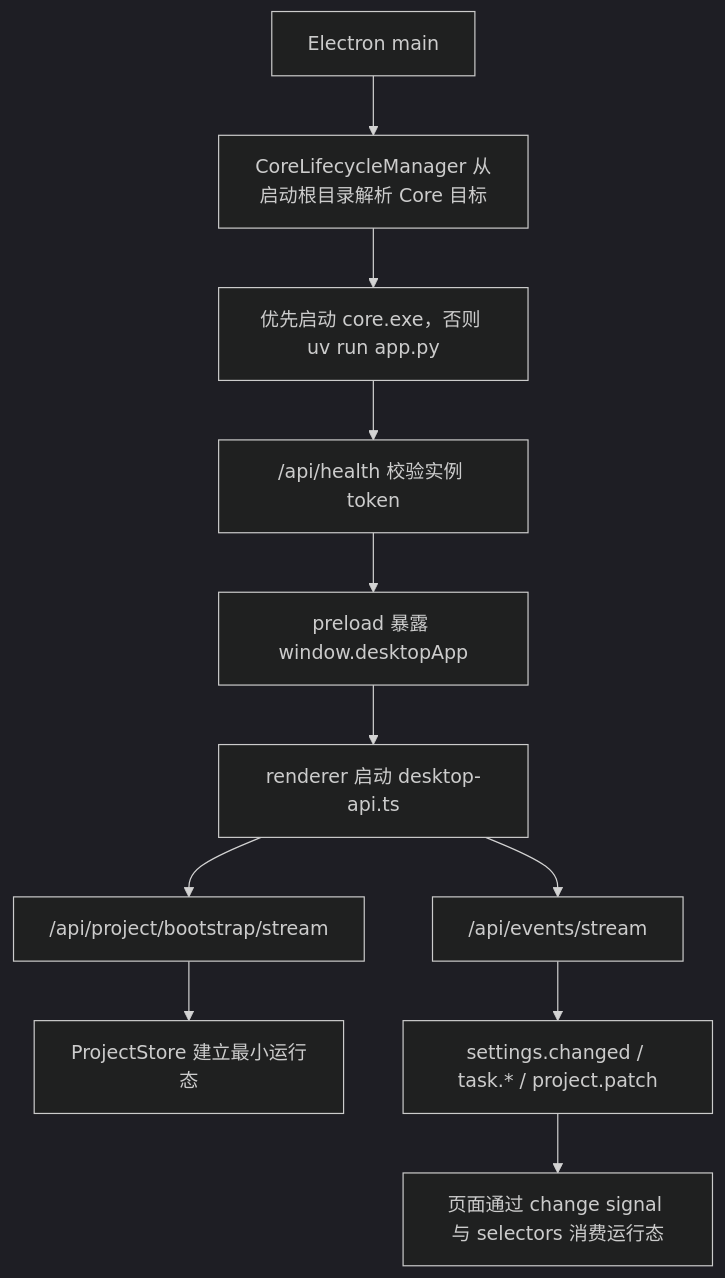
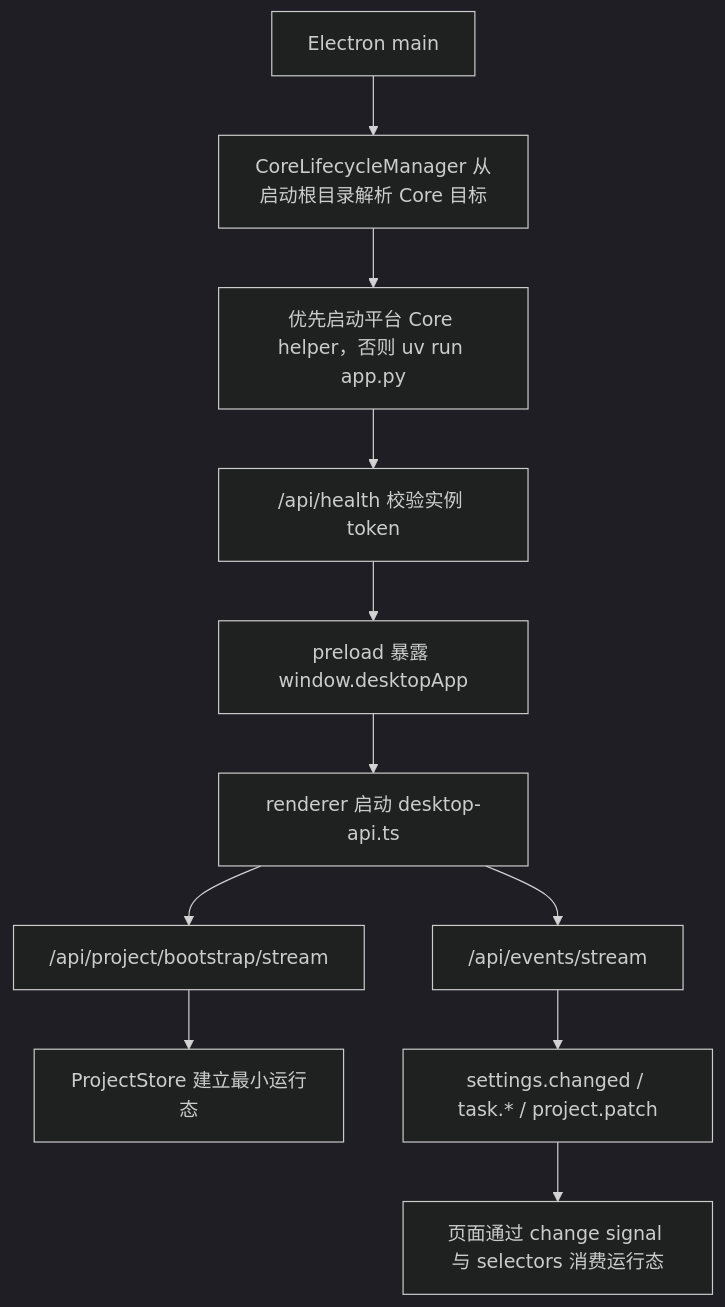
One commit to neavo/LinguaGacha changed the second of 3 diagrams in docs/ARCHITECTURE.md. Above: the diagram before and after it, drawn with Mermaid (dark theme). The commit also changed other lines of this file and 12 other files, not shown here.

````diff
--- a/docs/ARCHITECTURE.md
+++ b/docs/ARCHITECTURE.md
@@ -49,13 +49,13 @@
 ```mermaid
 flowchart TD
     A["Electron main"] --> B["CoreLifecycleManager 从启动根目录解析 Core 目标"]
-    B --> C["优先启动 core.exe，否则 uv run app.py"]
+    B --> C["优先启动平台 Core helper，否则 uv run app.py"]
     C --> D["/api/health 校验实例 token"]
     D --> E["preload 暴露 window.desktopApp"]
     E --> F["renderer 启动 desktop-api.ts"]
     F --> G["/api/project/bootstrap/stream"]
     G --> H["ProjectStore 建立最小运行态"]
     F --> I["/api/events/stream"]
     I --> J["settings.changed / task.* / project.patch"]
     J --> K["页面通过 change signal 与 selectors 消费运行态"]
 ```
````
